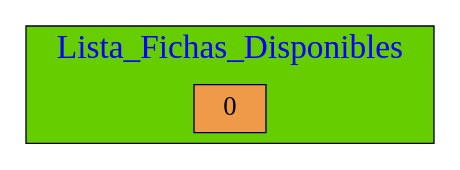
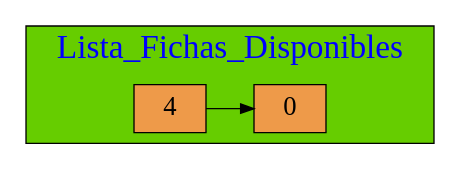
The diagram in Graficas/Score_Board_Usuario.dot (mariotun/EDD_1S2020_PY1_201602942), drawn with Graphviz before and after one commit. The commit also changed 19 other files, not shown here.

```diff
--- a/Graficas/Score_Board_Usuario.dot
+++ b/Graficas/Score_Board_Usuario.dot
@@ -1,23 +1,25 @@
 digraph Lista_Doble{
 
 graph[ranksep= "0.5",nodesep= "0.5"];
 node[fontcolor=black shape=box style=filled fillcolor=tan2 fontsize=20];
 
 subgraph cluster_1 {
 
 fontname=algerian
 fontsize=25;
 label="Lista_Fichas_Disponibles";
 fontcolor=blue
 style=filled
 fillcolor=chartreuse3
 labelloc=t;{rank=same;
-25770513200[label=" 0"];
+25770499504[label=" 4"];
+25770509136[label=" 0"];
 };
 
-25770513200
+25770499504->
+25770509136
 [dir=front color=black];
 
  }
 
 }
```
